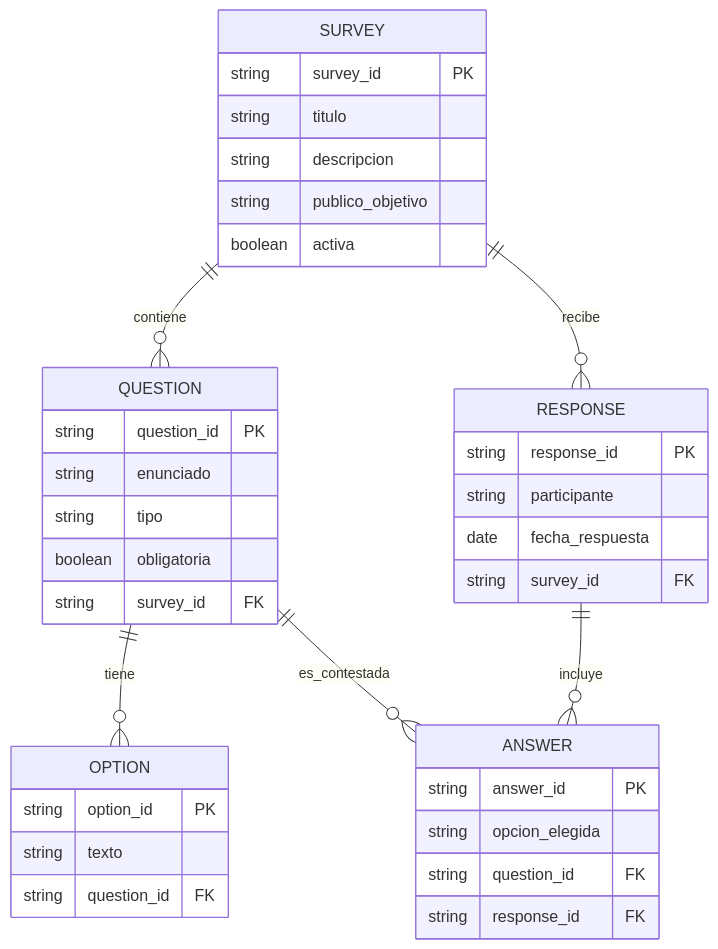
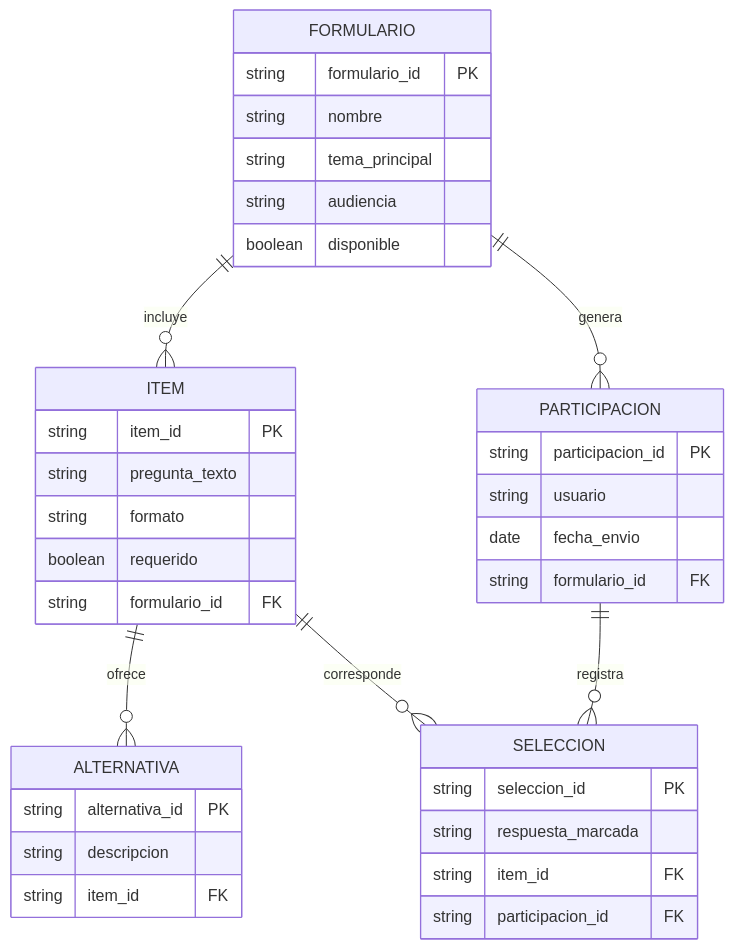
One commit to hernandezjimenezbrayanm352-source/Proyecto_cbtis47 changed the diagram in docs/schema.mmd. Above: the diagram before and after it, drawn with Mermaid.

Commit message:
Actualizar schema.mmd

```diff
--- a/docs/schema.mmd
+++ b/docs/schema.mmd
@@ -1,44 +1,44 @@
 
 erDiagram
 
-    SURVEY ||--o{ QUESTION : contiene
-    QUESTION ||--o{ OPTION : tiene
-    SURVEY ||--o{ RESPONSE : recibe
-    RESPONSE ||--o{ ANSWER : incluye
-    QUESTION ||--o{ ANSWER : es_contestada
+    FORMULARIO ||--o{ ITEM : incluye
+    ITEM ||--o{ ALTERNATIVA : ofrece
+    FORMULARIO ||--o{ PARTICIPACION : genera
+    PARTICIPACION ||--o{ SELECCION : registra
+    ITEM ||--o{ SELECCION : corresponde
 
-    SURVEY {
-        string survey_id PK
-        string titulo
-        string descripcion
-        string publico_objetivo
-        boolean activa
+    FORMULARIO {
+        string formulario_id PK
+        string nombre
+        string tema_principal
+        string audiencia
+        boolean disponible
     }
 
-    QUESTION {
-        string question_id PK
-        string enunciado
-        string tipo
-        boolean obligatoria
-        string survey_id FK
+    ITEM {
+        string item_id PK
+        string pregunta_texto
+        string formato
+        boolean requerido
+        string formulario_id FK
     }
 
-    OPTION {
-        string option_id PK
-        string texto
-        string question_id FK
+    ALTERNATIVA {
+        string alternativa_id PK
+        string descripcion
+        string item_id FK
     }
 
-    RESPONSE {
-        string response_id PK
-        string participante
-        date fecha_respuesta
-        string survey_id FK
+    PARTICIPACION {
+        string participacion_id PK
+        string usuario
+        date fecha_envio
+        string formulario_id FK
     }
 
-    ANSWER {
-        string answer_id PK
-        string opcion_elegida
-        string question_id FK
-        string response_id FK
+    SELECCION {
+        string seleccion_id PK
+        string respuesta_marcada
+        string item_id FK
+        string participacion_id FK
     }
```
